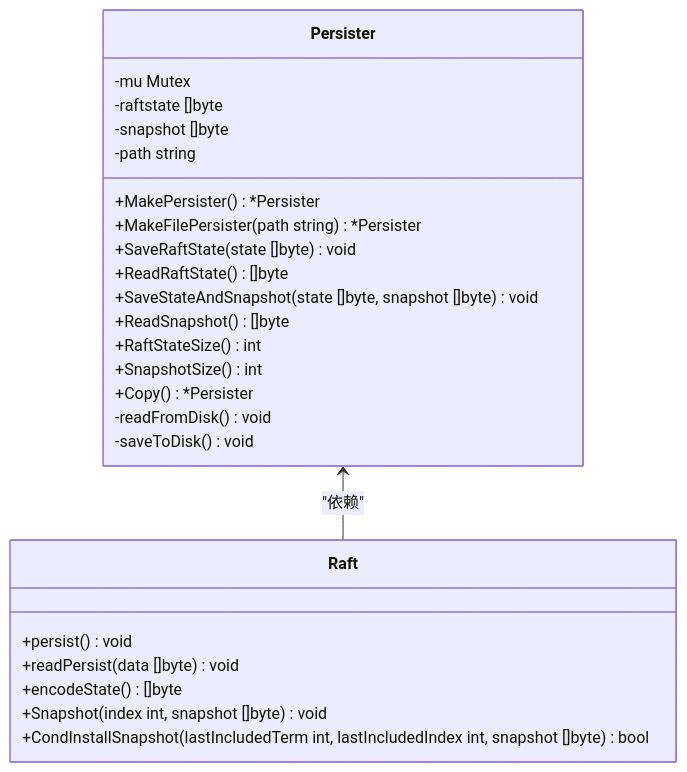
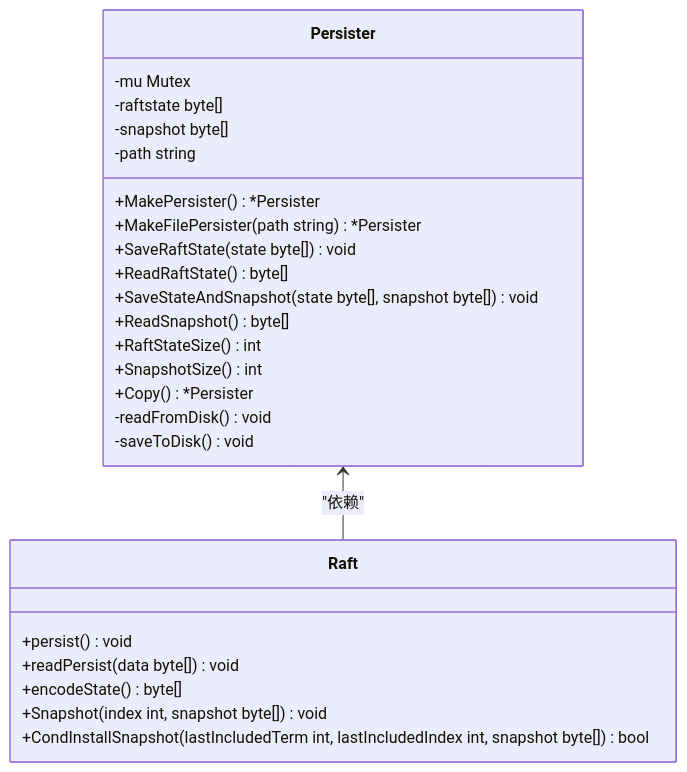
Before and after one commit to eraft-io/eraft: the second of 11 diagrams in wiki/Raft 共识算法/Raft 实现细节/持久化层实现.md, drawn with Mermaid. The commit also changed other lines of this file and 35 other files, not shown here.

````diff
--- a/wiki/Raft 共识算法/Raft 实现细节/持久化层实现.md
+++ b/wiki/Raft 共识算法/Raft 实现细节/持久化层实现.md
@@ -72,28 +72,28 @@
 ```mermaid
 classDiagram
 class Persister {
 -mu Mutex
--raftstate []byte
--snapshot []byte
+-raftstate byte[]
+-snapshot byte[]
 -path string
 +MakePersister() *Persister
 +MakeFilePersister(path string) *Persister
-+SaveRaftState(state []byte) void
-+ReadRaftState() []byte
-+SaveStateAndSnapshot(state []byte, snapshot []byte) void
-+ReadSnapshot() []byte
++SaveRaftState(state byte[]) void
++ReadRaftState() byte[]
++SaveStateAndSnapshot(state byte[], snapshot byte[]) void
++ReadSnapshot() byte[]
 +RaftStateSize() int
 +SnapshotSize() int
 +Copy() *Persister
 -readFromDisk() void
 -saveToDisk() void
 }
 class Raft {
 +persist() void
-+readPersist(data []byte) void
-+encodeState() []byte
-+Snapshot(index int, snapshot []byte) void
-+CondInstallSnapshot(lastIncludedTerm int, lastIncludedIndex int, snapshot []byte) bool
++readPersist(data byte[]) void
++encodeState() byte[]
++Snapshot(index int, snapshot byte[]) void
++CondInstallSnapshot(lastIncludedTerm int, lastIncludedIndex int, snapshot byte[]) bool
 }
 Persister <-- Raft : "依赖"
 ```
````
